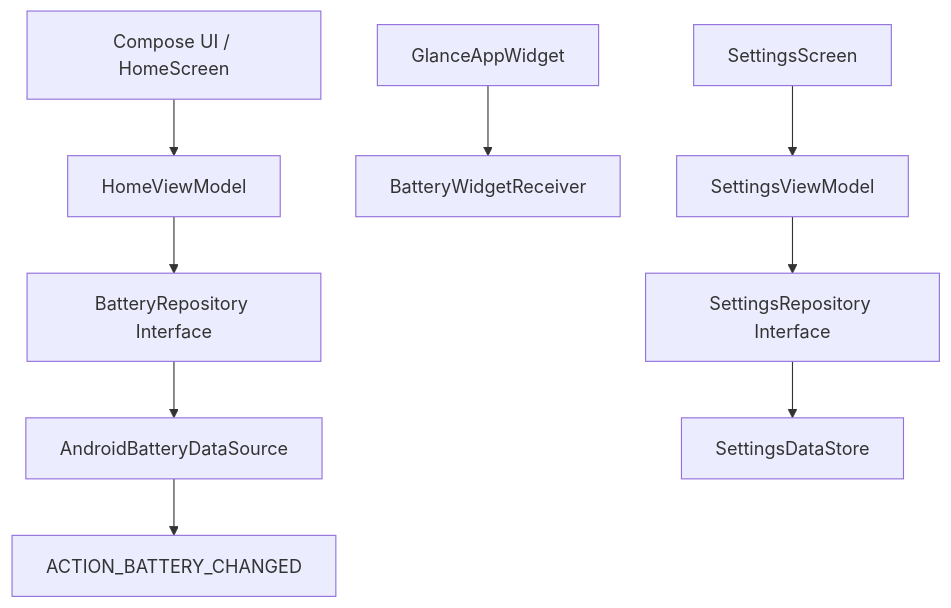
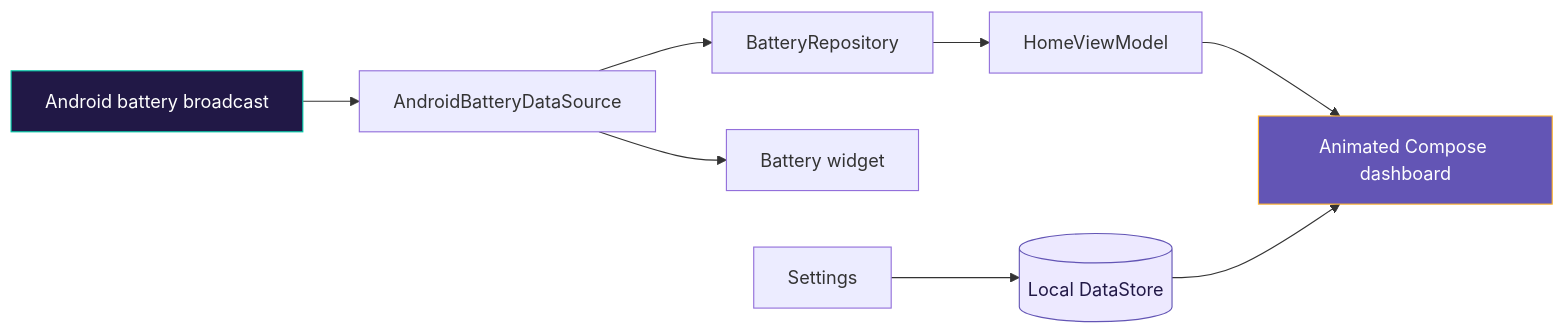
The first of 2 diagrams in README.md (ritikthakur22/battery-info_app), drawn with Mermaid before and after one commit. The commit also changed other lines of this file and 13 other files, not shown here.

````diff
--- a/README.md
+++ b/README.md
@@ -53,11 +28,13 @@
 ```mermaid
-graph TD
-    UI[Compose UI / HomeScreen] --> VM[HomeViewModel]
-    Widget[GlanceAppWidget] --> Receiver[BatteryWidgetReceiver]
-    VM --> Repo[BatteryRepository Interface]
-    Repo --> Data[AndroidBatteryDataSource]
-    Data --> Intent[ACTION_BATTERY_CHANGED]
-    SettingsUI[SettingsScreen] --> SettingsVM[SettingsViewModel]
-    SettingsVM --> SettingsRepo[SettingsRepository Interface]
-    SettingsRepo --> DataStore[SettingsDataStore]
+flowchart LR
+    A[Android battery broadcast] --> B[AndroidBatteryDataSource]
+    B --> C[BatteryRepository]
+    C --> D[HomeViewModel]
+    D --> E[Animated Compose dashboard]
+    B --> F[Battery widget]
+    G[Settings] --> H[(Local DataStore)]
+    H --> E
+    style A fill:#211846,color:#fff,stroke:#00C9A7
+    style E fill:#6355B5,color:#fff,stroke:#FFB52E
+    style H fill:#EDE9FF,color:#211846,stroke:#6355B5
 ```
````
